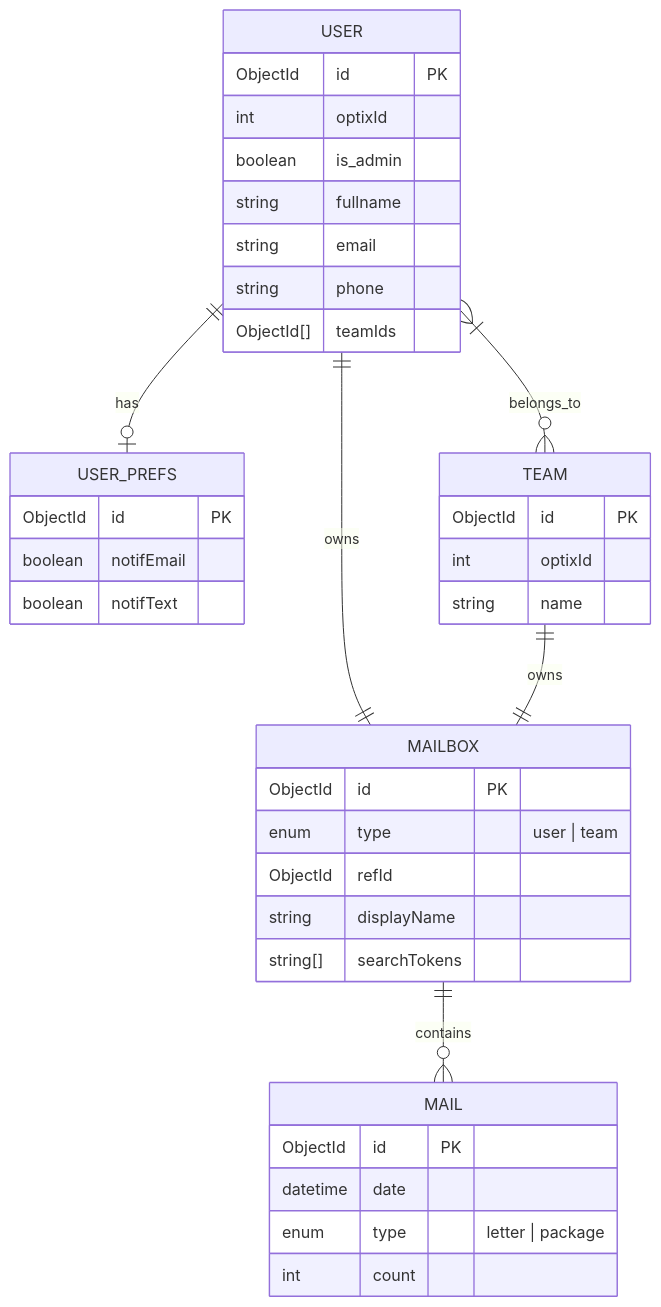
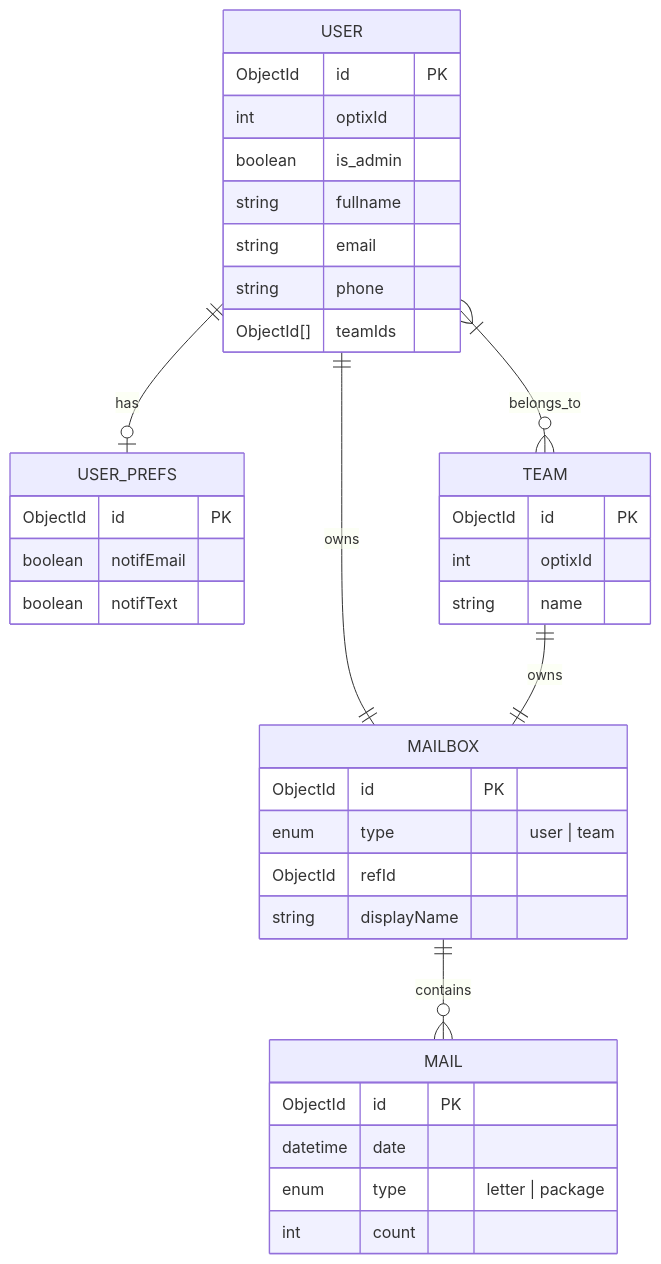
Before and after one commit to CMU-413/avenu: the diagram in docs/architecture/data/data_model.mmd, drawn with Mermaid.

Commit message:
docs: remove searchTokens field

```diff
--- a/docs/architecture/data/data_model.mmd
+++ b/docs/architecture/data/data_model.mmd
@@ -1,47 +1,46 @@
 erDiagram
 
     USER {
         ObjectId id PK
         int optixId
         boolean is_admin
         string fullname
         string email
         string phone
         ObjectId[] teamIds
     }
 
     USER_PREFS {
         ObjectId id PK
         boolean notifEmail
         boolean notifText
     }
 
     TEAM {
         ObjectId id PK
         int optixId
         string name
     }
 
     MAILBOX {
         ObjectId id PK
         enum type "user | team"
         ObjectId refId
         string displayName
-        string[] searchTokens
     }
 
     MAIL {
         ObjectId id PK
         datetime date
         enum type "letter | package"
         int count
     }
 
     %% Relationships
     USER ||--o| USER_PREFS : has
     USER }|--o{ TEAM : belongs_to
 
     USER ||--|| MAILBOX : owns
     TEAM ||--|| MAILBOX : owns
 
     MAILBOX ||--o{ MAIL : contains
```
